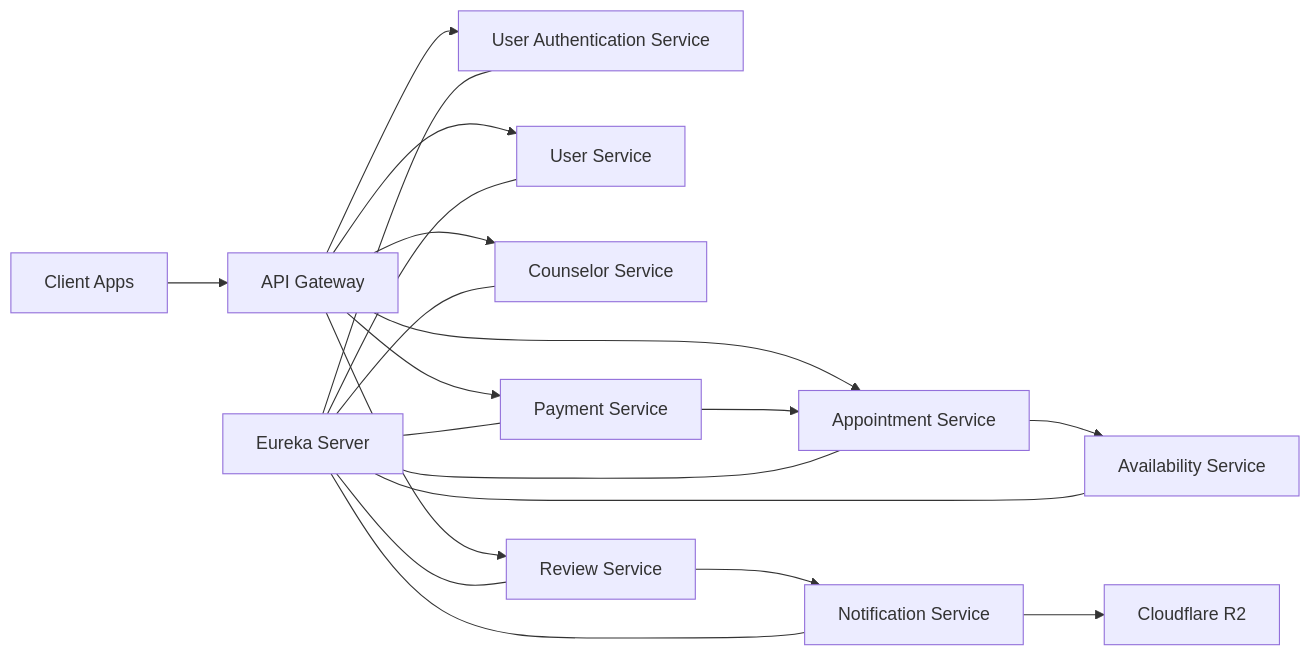
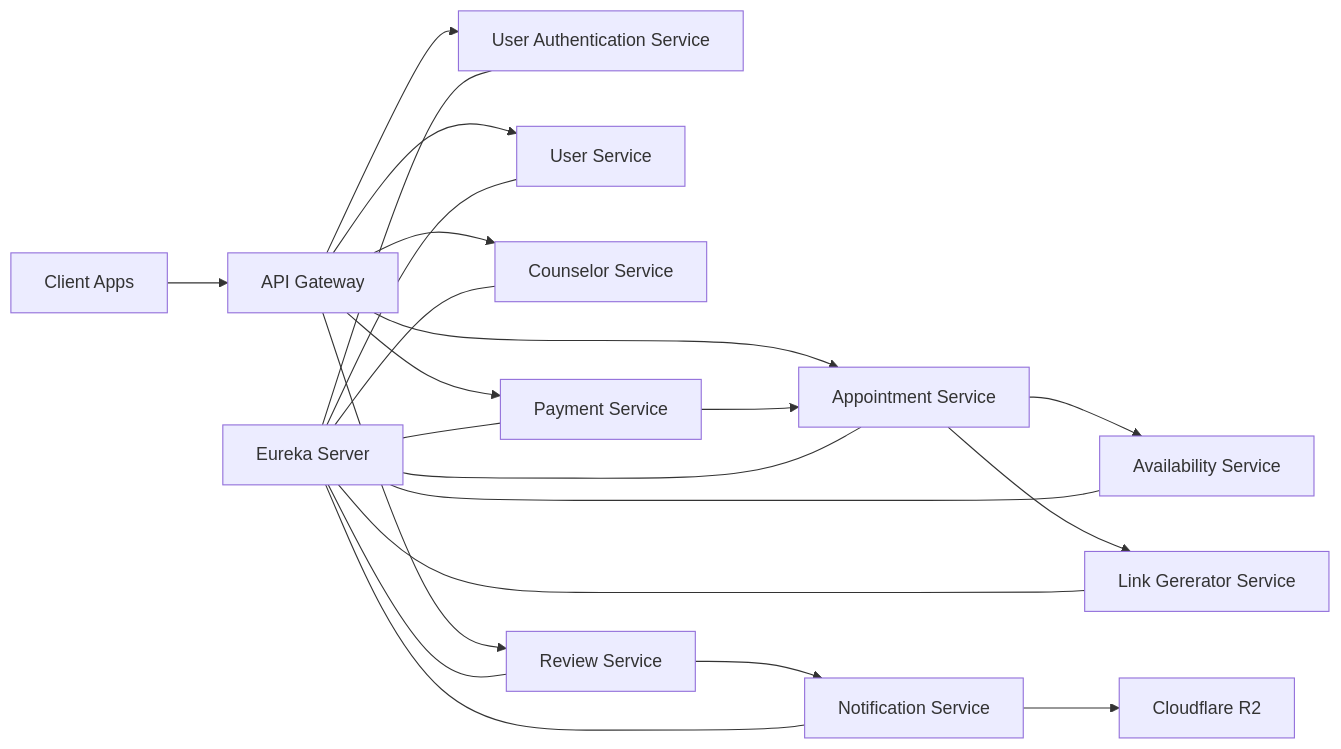
Before and after one commit to shibashisdey/council: the first of 7 diagrams in docs/ARCHITECTURE.md, drawn with Mermaid. The commit also changed other lines of this file and 493 other files, not shown here.

````diff
--- a/docs/ARCHITECTURE.md
+++ b/docs/ARCHITECTURE.md
@@ -21,22 +22,24 @@
 ```mermaid
 flowchart LR
   Client[Client Apps] --> Gateway[API Gateway]
   Gateway --> Auth[User Authentication Service]
   Gateway --> UserSvc[User Service]
   Gateway --> CounselorSvc[Counselor Service]
   Gateway --> ApptSvc[Appointment Service]
   ApptSvc --> AvailSvc[Availability Service]
+  ApptSvc --> LinkSvc[Link Gererator Service]
   Gateway --> ReviewSvc[Review Service]
   ReviewSvc --> NotifSvc[Notification Service]
   NotifSvc --> R2[Cloudflare R2]
   Gateway --> PaymentSvc[Payment Service]
   PaymentSvc --> ApptSvc
   Eureka[Eureka Server] --- Auth
   Eureka --- UserSvc
   Eureka --- CounselorSvc
   Eureka --- ApptSvc
   Eureka --- AvailSvc
+  Eureka --- LinkSvc
   Eureka --- ReviewSvc
   Eureka --- NotifSvc
   Eureka --- PaymentSvc
 ```
````
